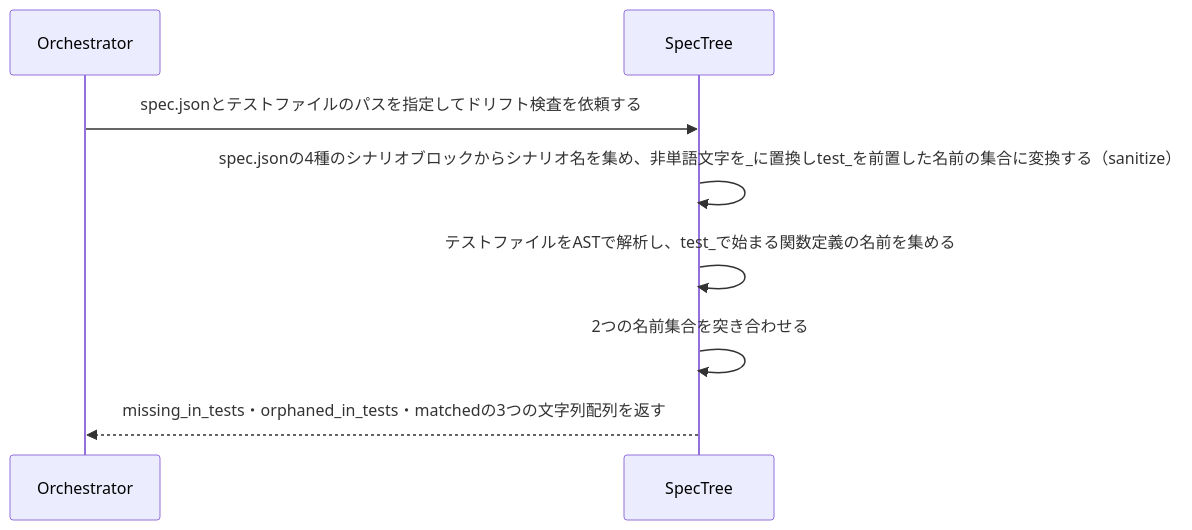
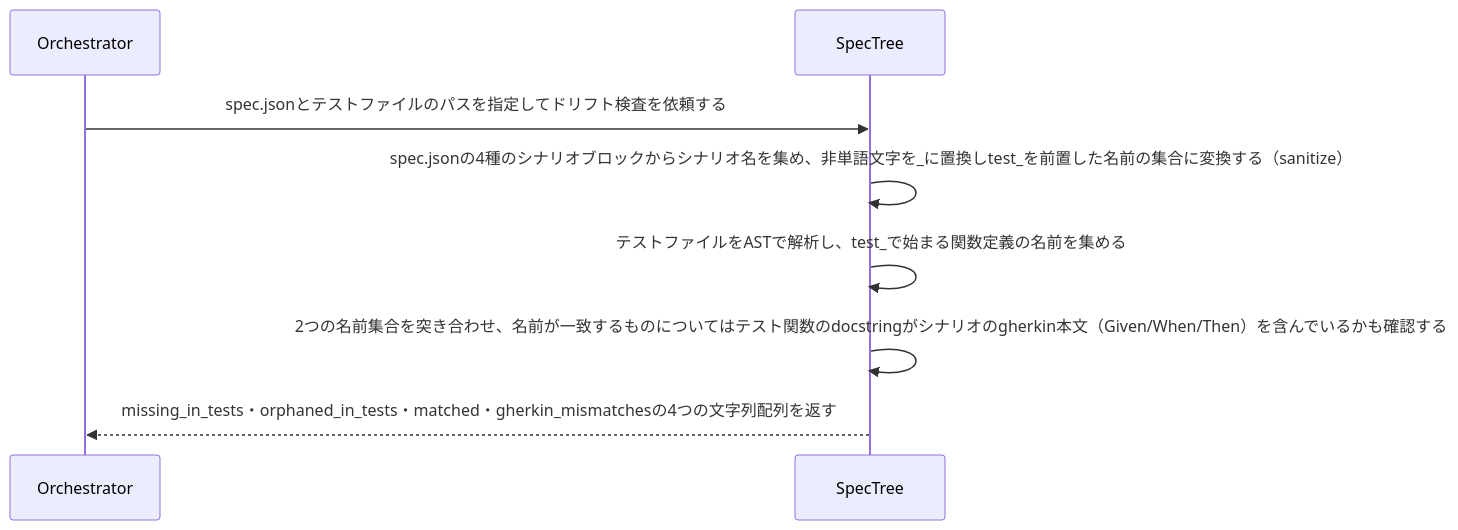
Before and after one commit to daidaiiro-519/waffle: the diagram in .waffle/specs/bc-waffle-engines/subdomain/sd-reconciliation/usecase/uc-check-scenario-drift.md, drawn with Mermaid. The commit also changed other lines of this file and 9 other files, not shown here.

````diff
--- a/.waffle/specs/bc-waffle-engines/subdomain/sd-reconciliation/usecase/uc-check-scenario-drift.md
+++ b/.waffle/specs/bc-waffle-engines/subdomain/sd-reconciliation/usecase/uc-check-scenario-drift.md
@@ -26,8 +26,8 @@
 ```mermaid
 sequenceDiagram
     Orchestrator->>SpecTree: spec.jsonとテストファイルのパスを指定してドリフト検査を依頼する
     SpecTree->>SpecTree: spec.jsonの4種のシナリオブロックからシナリオ名を集め、非単語文字を_に置換しtest_を前置した名前の集合に変換する（sanitize）
     SpecTree->>SpecTree: テストファイルをASTで解析し、test_で始まる関数定義の名前を集める
-    SpecTree->>SpecTree: 2つの名前集合を突き合わせる
-    SpecTree-->>Orchestrator: missing_in_tests・orphaned_in_tests・matchedの3つの文字列配列を返す
+    SpecTree->>SpecTree: 2つの名前集合を突き合わせ、名前が一致するものについてはテスト関数のdocstringがシナリオのgherkin本文（Given/When/Then）を含んでいるかも確認する
+    SpecTree-->>Orchestrator: missing_in_tests・orphaned_in_tests・matched・gherkin_mismatchesの4つの文字列配列を返す
 ```
````
